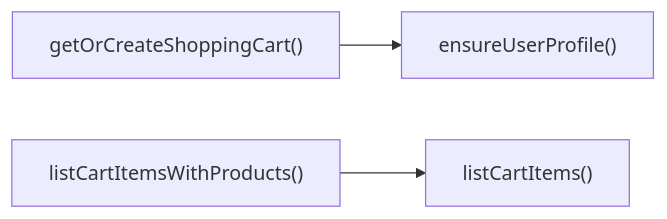
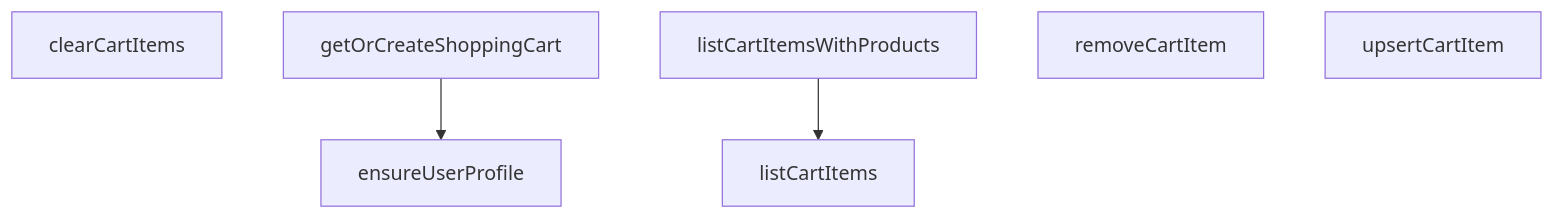
Before and after one commit to peckop/venthub-hvac-esite: the diagram in src/lib/services/cart.service.md, drawn with Mermaid. The commit also changed other lines of this file and 488 other files, not shown here.

````diff
--- a/src/lib/services/cart.service.md
+++ b/src/lib/services/cart.service.md
@@ -202,5 +159,12 @@
 ```mermaid
-graph LR
-    getOrCreateShoppingCart["getOrCreateShoppingCart()"] --> ensureUserProfile["ensureUserProfile()"]
-    listCartItemsWithProducts["listCartItemsWithProducts()"] --> listCartItems["listCartItems()"]
+graph TD
+    cart_service_ts__clearCartItems["clearCartItems"]
+    cart_service_ts__ensureUserProfile["ensureUserProfile"]
+    cart_service_ts__getOrCreateShoppingCart["getOrCreateShoppingCart"]
+    cart_service_ts__listCartItems["listCartItems"]
+    cart_service_ts__listCartItemsWithProducts["listCartItemsWithProducts"]
+    cart_service_ts__removeCartItem["removeCartItem"]
+    cart_service_ts__upsertCartItem["upsertCartItem"]
+    cart_service_ts__getOrCreateShoppingCart --> cart_service_ts__ensureUserProfile
+    cart_service_ts__listCartItemsWithProducts --> cart_service_ts__listCartItems
 ```
````
